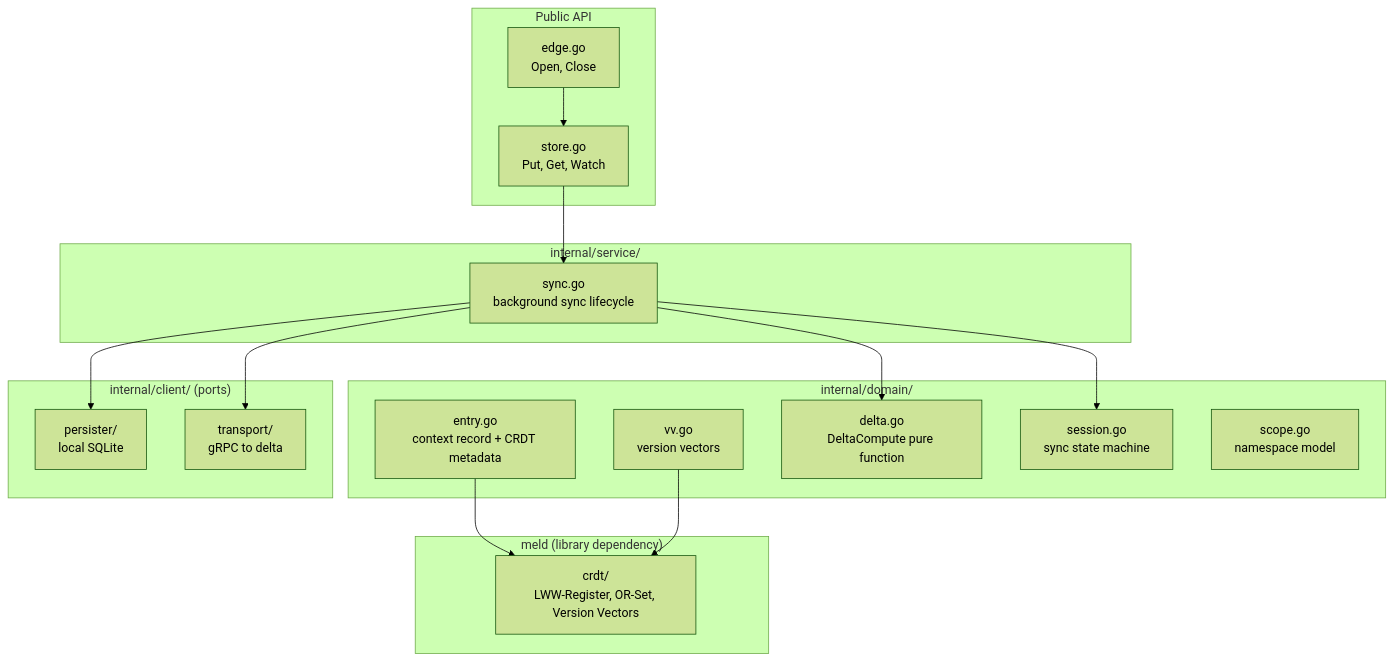
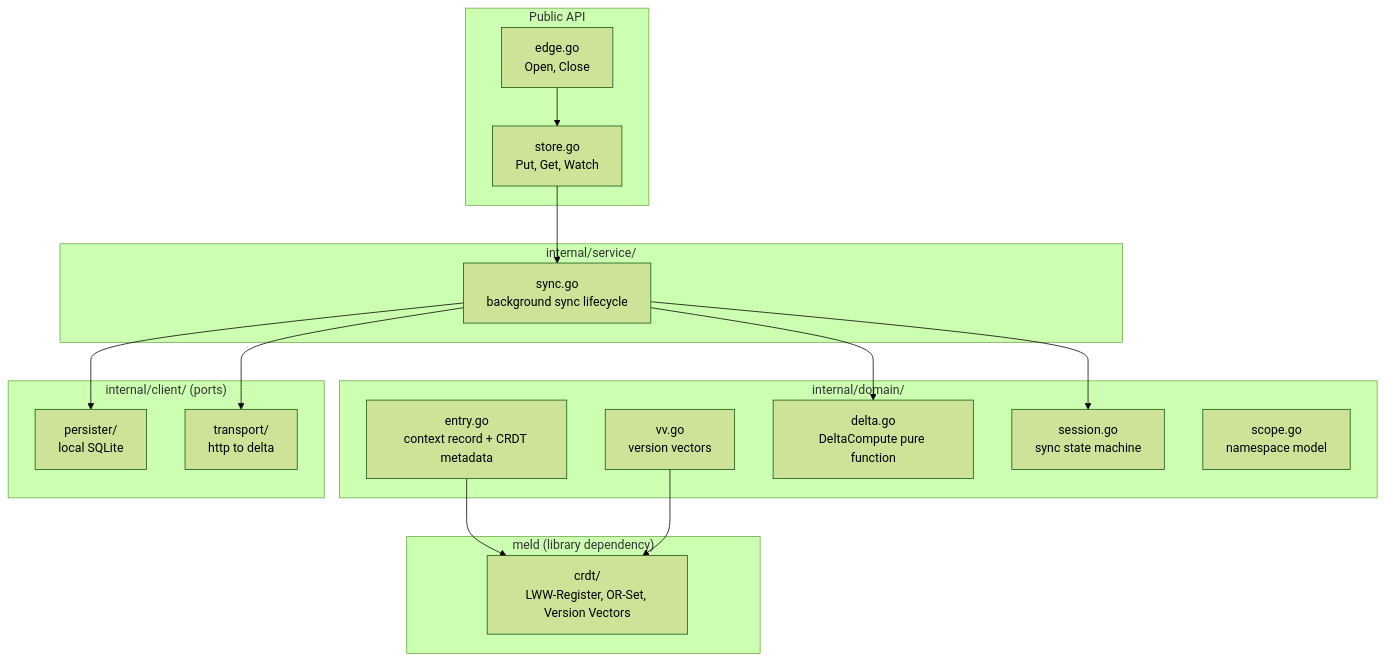
The first of 3 diagrams in README.md (w-h-a/edge), drawn with Mermaid (forest theme) before and after one commit. The commit also changed 2 other files, not shown here.

Commit message:
docs: sync transport with delta is http rather than grpc (#6)

````diff
--- a/README.md
+++ b/README.md
@@ -24,37 +24,37 @@
 ```mermaid
 graph TD
     subgraph "Public API"
         EDGE[edge.go<br/>Open, Close]
         STORE[store.go<br/>Put, Get, Watch]
     end
 
     subgraph "internal/domain/"
         ENT[entry.go<br/>context record + CRDT metadata]
         VER[vv.go<br/>version vectors]
         DLT[delta.go<br/>DeltaCompute pure function]
         SES[session.go<br/>sync state machine]
         SCP[scope.go<br/>namespace model]
     end
 
     subgraph "internal/service/"
         SYN[sync.go<br/>background sync lifecycle]
     end
 
     subgraph "internal/client/ (ports)"
         PER[persister/<br/>local SQLite]
-        TRA[transport/<br/>gRPC to delta]
+        TRA[transport/<br/>http to delta]
     end
 
     subgraph "meld (library dependency)"
         CRDT[crdt/<br/>LWW-Register, OR-Set, Version Vectors]
     end
 
     EDGE --> STORE
     STORE --> SYN
     SYN --> DLT
     SYN --> SES
     SYN --> TRA
     SYN --> PER
     ENT --> CRDT
     VER --> CRDT
 ```
````
